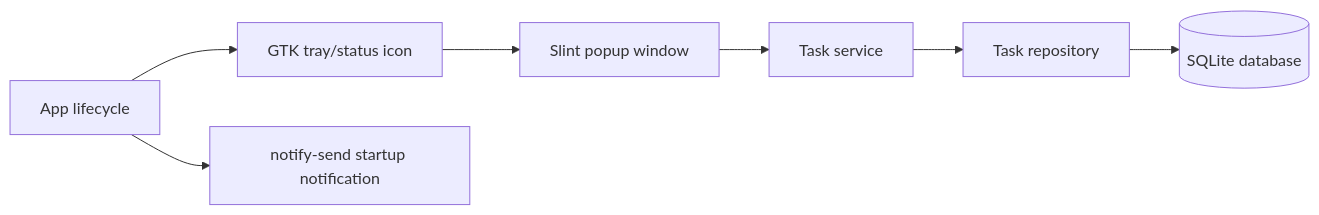
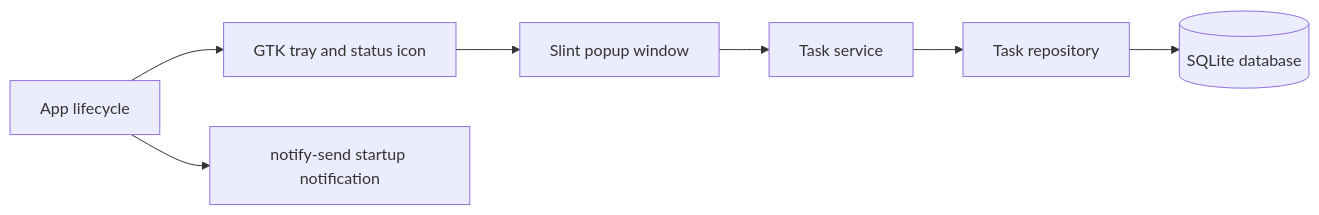
One commit to jojo8356/taskbar-todolist-desktop changed the diagram in README.md. Above: the diagram before and after it, drawn with Mermaid. The commit also changed 4 other files, not shown here.

Commit message:
Fix Mermaid diagrams and initialize pnpm

````diff
--- a/README.md
+++ b/README.md
@@ -229,9 +229,9 @@
 ```mermaid
 flowchart LR
-    Tray[GTK tray/status icon] --> UI[Slint popup window]
-    UI --> Service[Task service]
-    Service --> Repository[Task repository]
-    Repository --> SQLite[(SQLite database)]
-    App[App lifecycle] --> Tray
-    App --> Notifications[notify-send startup notification]
+    Tray["GTK tray and status icon"] --> UI["Slint popup window"]
+    UI --> Service["Task service"]
+    Service --> Repository["Task repository"]
+    Repository --> SQLite[("SQLite database")]
+    App["App lifecycle"] --> Tray
+    App --> Notifications["notify-send startup notification"]
 ```
````
